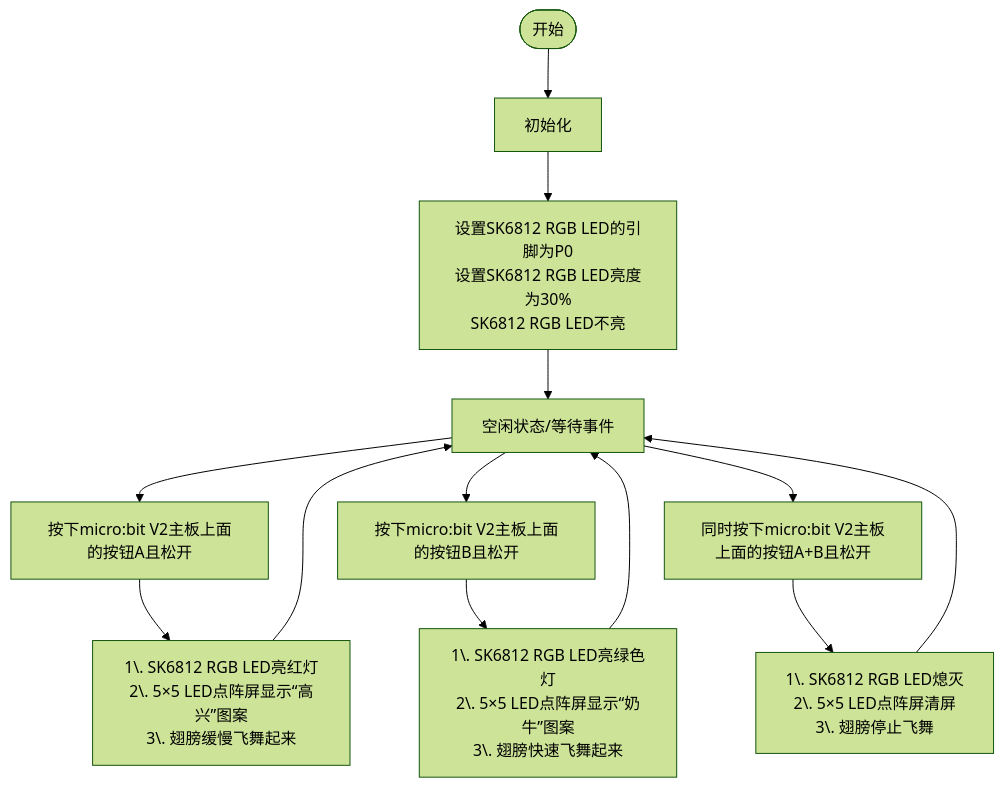
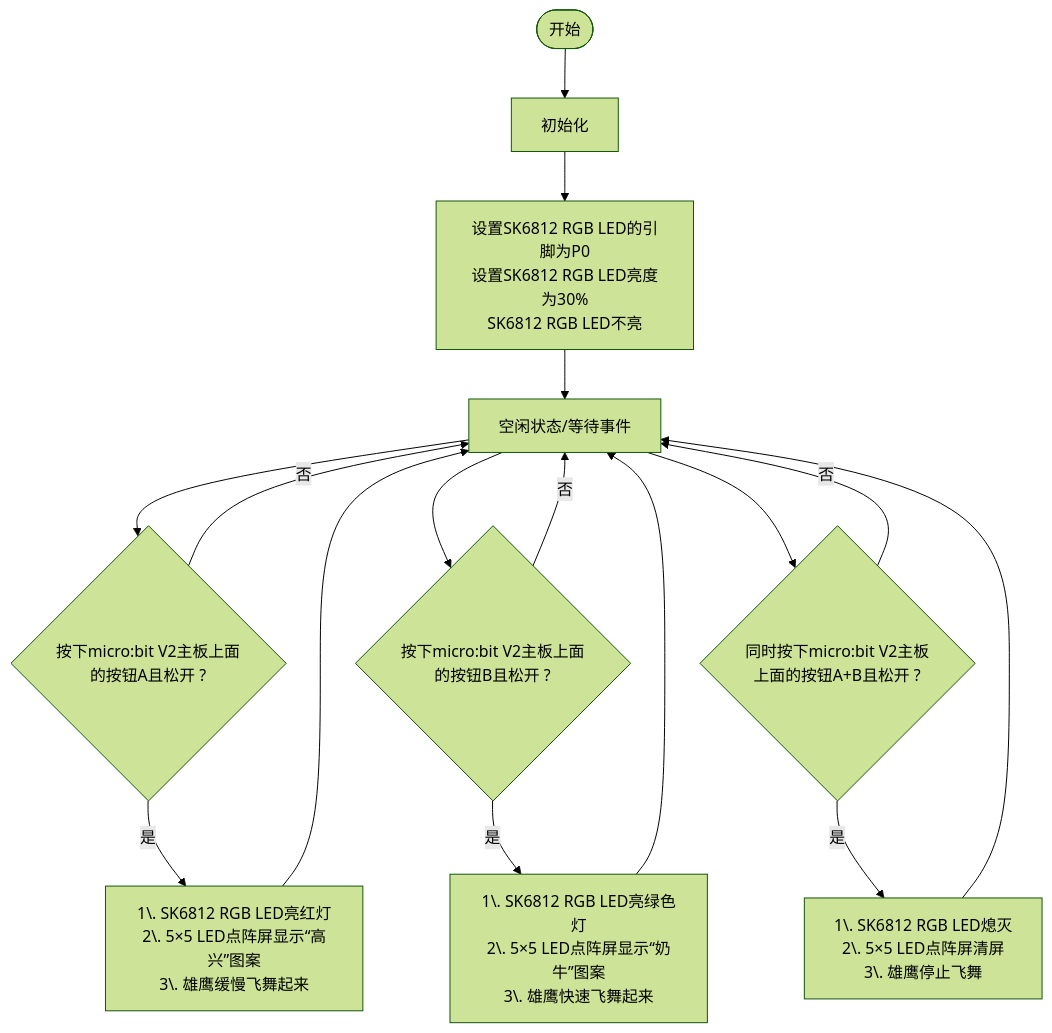
One commit to keyestudio/KS0604-Keyestudio-Microbit-8-1- changed the diagram in docs/MakeCode_教程/Projects/课程08.md. Above: the diagram before and after it, drawn with Mermaid (forest theme). The commit also changed other lines of this file and 253 other files, not shown here.

````diff
--- a/docs/MakeCode_教程/Projects/课程08.md
+++ b/docs/MakeCode_教程/Projects/课程08.md
@@ -35,21 +129,18 @@
 ```mermaid
 flowchart TD
     Start([开始]) --> OnInit1[初始化]
-
     OnInit1 --> OnInit2[设置SK6812 RGB LED的引脚为P0<br>设置SK6812 RGB LED亮度为30%<br>SK6812 RGB LED不亮]
-    
     OnInit2 --> IdleState[空闲状态/等待事件]
-    
-    IdleState --> EventBtnA[按下micro:bit V2主板上面的按钮A且松开]
-    IdleState --> EventBtnB[按下micro:bit V2主板上面的按钮B且松开]
-    IdleState --> EventBtnAB[同时按下micro:bit V2主板上面的按钮A+B且松开]
-    
-    EventBtnA --> BtnAAction[1\. SK6812 RGB LED亮红灯<br>2\. 5×5 LED点阵屏显示“高兴”图案<br>3\. 翅膀缓慢飞舞起来]
+    IdleState --> EventBtnA{按下micro:bit V2主板上面的按钮A且松开 ?}
+    IdleState --> EventBtnB{按下micro:bit V2主板上面的按钮B且松开 ?}
+    IdleState --> EventBtnAB{同时按下micro:bit V2主板上面的按钮A+B且松开 ?}
+    EventBtnA -->|否| IdleState
+    EventBtnA -->|是| BtnAAction[1\. SK6812 RGB LED亮红灯<br>2\. 5×5 LED点阵屏显示“高兴”图案<br>3\. 雄鹰缓慢飞舞起来]
     BtnAAction --> IdleState
-
-    EventBtnB --> BtnBAction[1\. SK6812 RGB LED亮绿色灯<br>2\. 5×5 LED点阵屏显示“奶牛”图案<br>3\. 翅膀快速飞舞起来]
+    EventBtnB -->|否| IdleState
+    EventBtnB -->|是| BtnBAction[1\. SK6812 RGB LED亮绿色灯<br>2\. 5×5 LED点阵屏显示“奶牛”图案<br>3\. 雄鹰快速飞舞起来]
     BtnBAction --> IdleState
-    
-    EventBtnAB --> BtnABAction[1\. SK6812 RGB LED熄灭<br>2\. 5×5 LED点阵屏清屏<br>3\. 翅膀停止飞舞]
+    EventBtnAB -->|否| IdleState
+    EventBtnAB -->|是| BtnABAction[1\. SK6812 RGB LED熄灭<br>2\. 5×5 LED点阵屏清屏<br>3\. 雄鹰停止飞舞]
     BtnABAction --> IdleState
 ```
````
